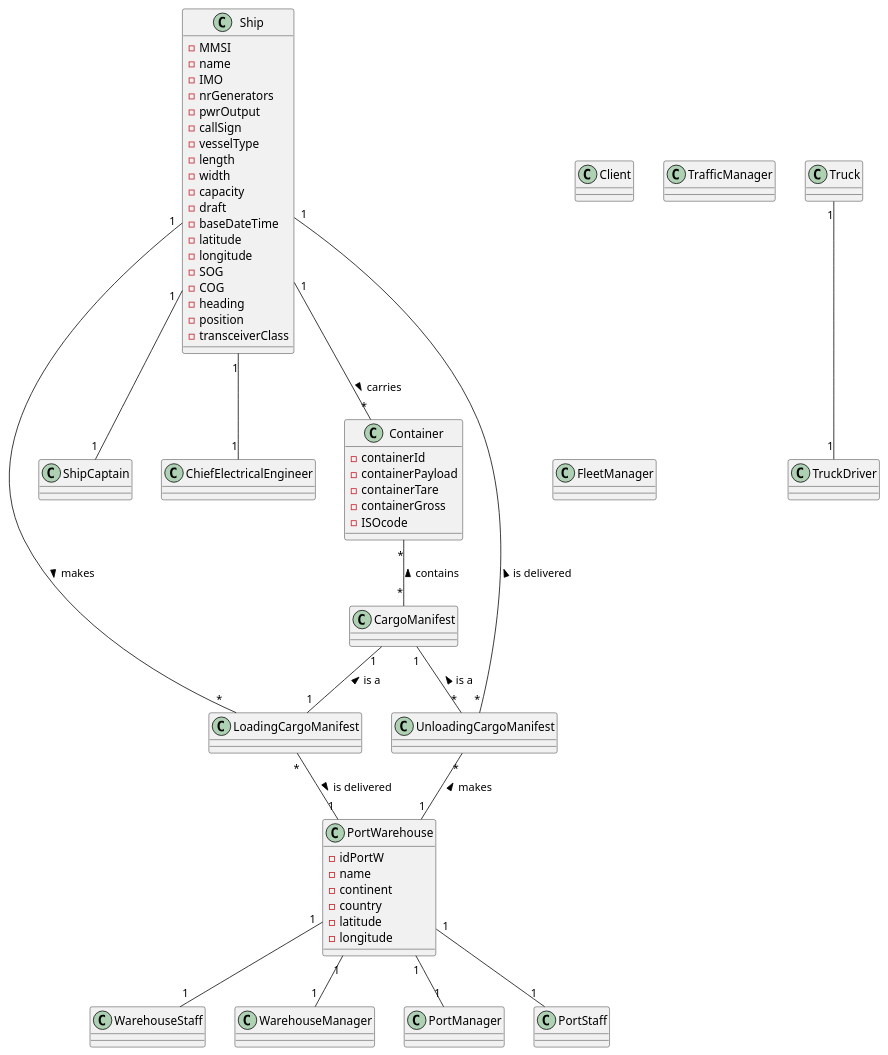
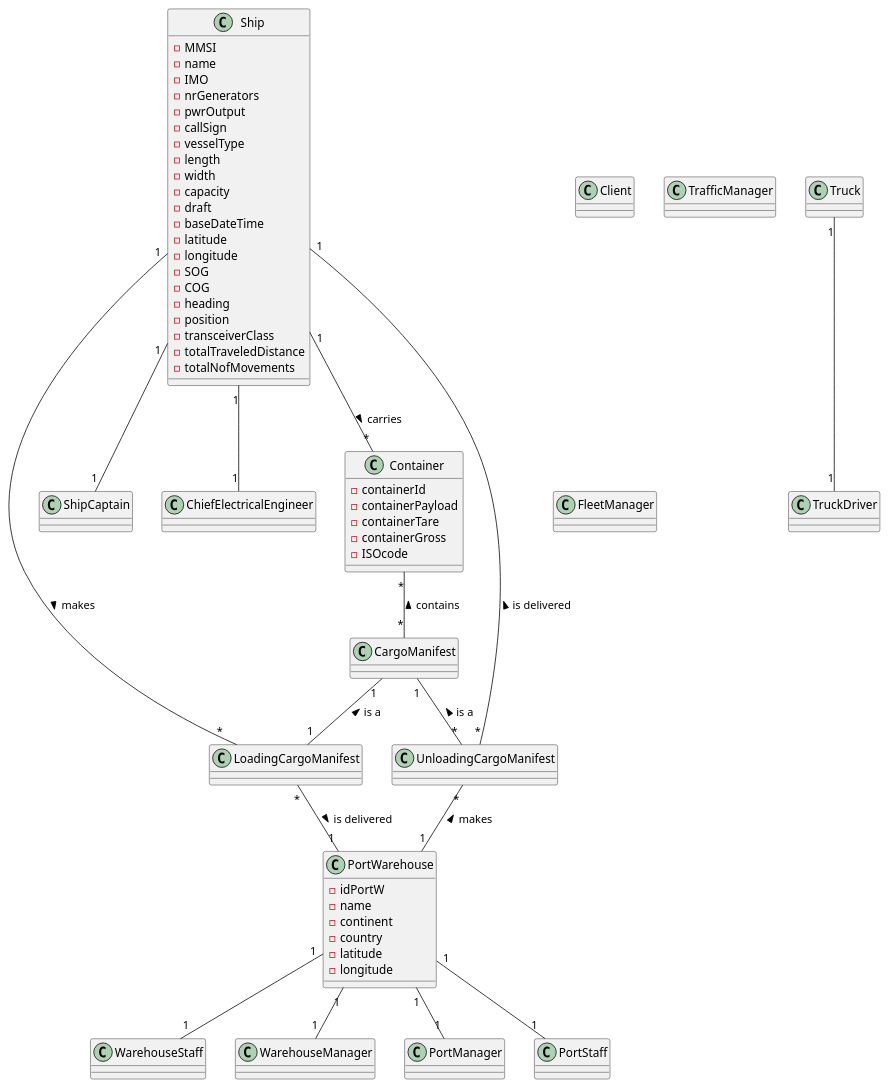
Before and after one commit to mpoboas/lapr3-2021-g102: the diagram in docs/Sprint1/DM.puml, drawn with PlantUML.

Commit message:
<G0102-5> Update to domain model

```diff
--- a/docs/Sprint1/DM.puml
+++ b/docs/Sprint1/DM.puml
@@ -1,106 +1,108 @@
 @startuml
 'https://plantuml.com/class-diagram
 
 class Ship
 
 class Ship {
 -MMSI
 -name
 -IMO
 -nrGenerators
 -pwrOutput
 -callSign
 -vesselType
 -length
 -width
 -capacity
 -draft
 -baseDateTime
 -latitude
 -longitude
 -SOG
 -COG
 -heading
 -position
 -transceiverClass
+-totalTraveledDistance
+-totalNofMovements
 }
 
 class Truck {
 }
 
 class Container {
 -containerId
 -containerPayload
 -containerTare
 -containerGross
 -ISOcode
 }
 
 class PortWarehouse {
 -idPortW
 -name
 -continent
 -country
 -latitude
 -longitude
 }
 
 class ShipCaptain {
 }
 
 class Client {
 }
 
 class TrafficManager {
 }
 
 class FleetManager {
 }
 
 class WarehouseStaff {
 }
 
 class WarehouseManager {
 }
 
 class PortManager {
 }
 
 class PortStaff {
 }
 
 class TrafficManager {
 }
 
 class TruckDriver {
 }
 
 class ChiefElectricalEngineer {
 }
 
 class CargoManifest {
 }
 
 class LoadingCargoManifest {
 }
 
 class UnloadingCargoManifest {
 }
 
 Ship "1" -- "*" Container : carries >
 Ship "1" -- "1" ShipCaptain
 Ship "1" -- "1" ChiefElectricalEngineer
 Ship "1" -- "*" LoadingCargoManifest : makes >
 Ship "1" -- "*" UnloadingCargoManifest : is delivered <
 Container "*" -- "*" CargoManifest : contains <
 Truck "1" -- "1" TruckDriver
 PortWarehouse "1" -- "1" WarehouseManager
 PortWarehouse "1" -- "1" WarehouseStaff
 PortWarehouse "1" -- "1" PortManager
 PortWarehouse "1" -- "1" PortStaff
 LoadingCargoManifest "1" -u- "1" CargoManifest : is a >
 LoadingCargoManifest "*" -- "1" PortWarehouse : is delivered >
 UnloadingCargoManifest "*" -- "1" PortWarehouse : makes <
 UnloadingCargoManifest "*" -u- "1" CargoManifest : is a >
 
 @enduml
```
